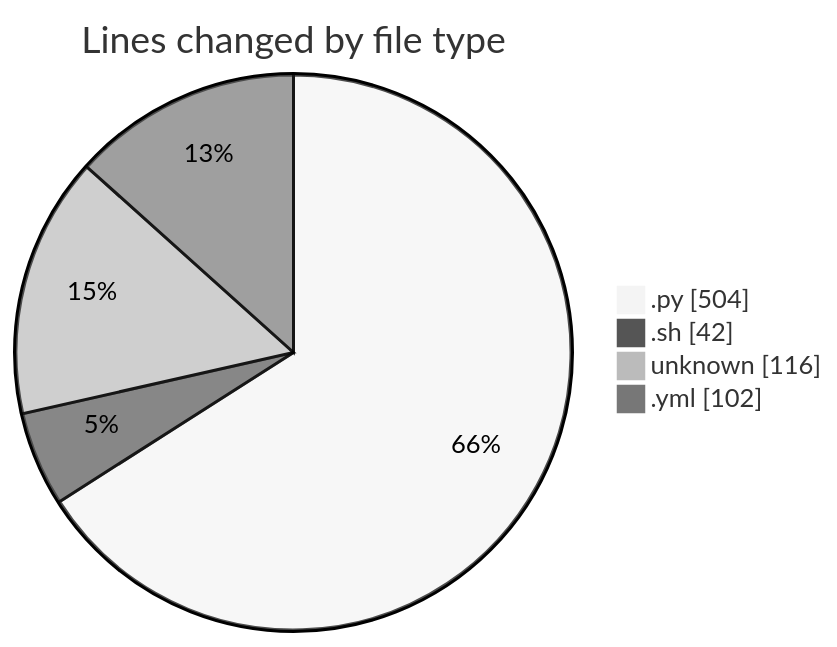
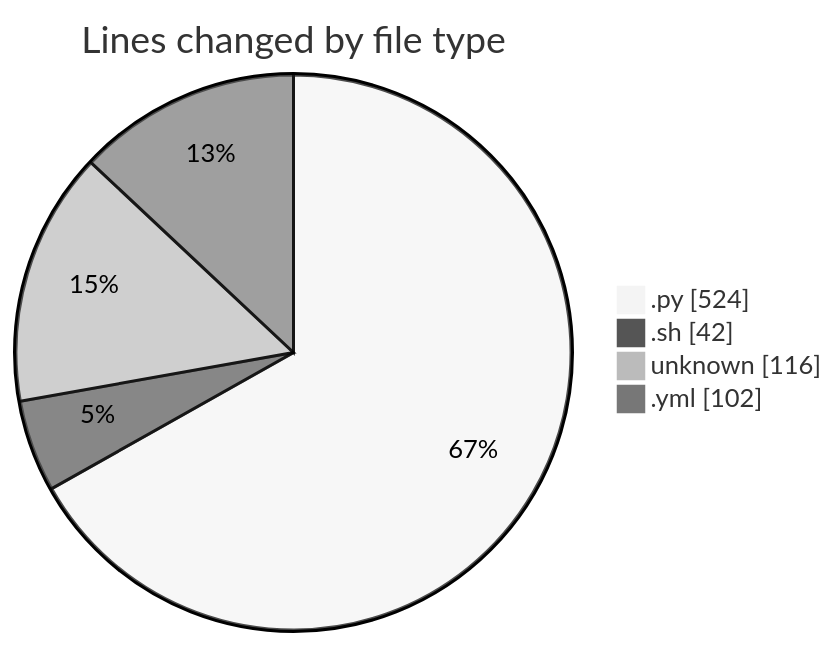
The first of 2 diagrams in 2025-05-14/niten/README.md (Elitesun/code-tracking), drawn with Mermaid (neutral theme) before and after one commit. The commit also changed other lines of this file and 1 other file, not shown here.

````diff
--- a/2025-05-14/niten/README.md
+++ b/2025-05-14/niten/README.md
@@ -29,8 +29,8 @@
 ```mermaid
 pie showData
 title Lines changed by file type
-".py" : 504
+".py" : 524
 ".sh" : 42
 "unknown" : 116
 ".yml" : 102
 ```
````
